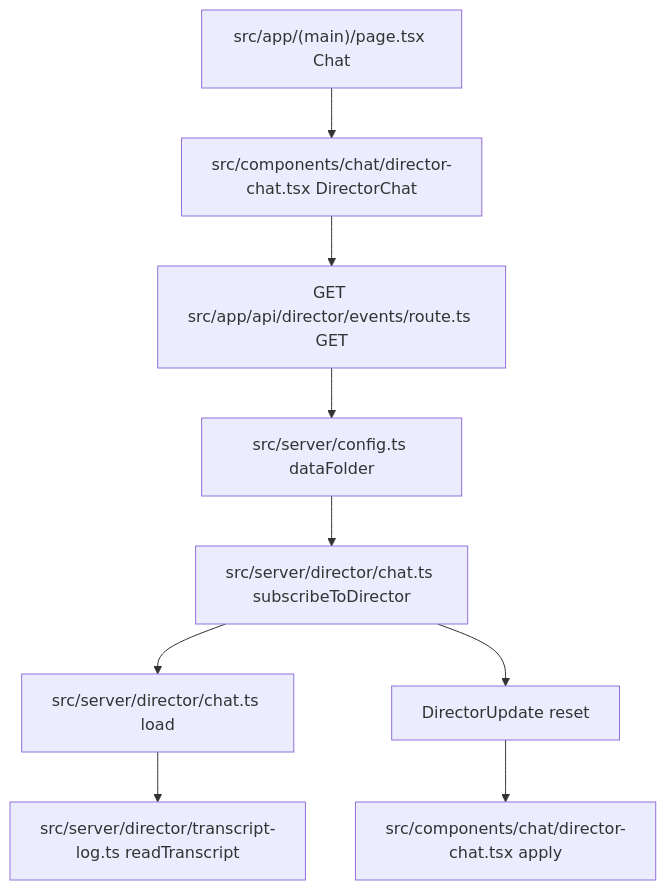
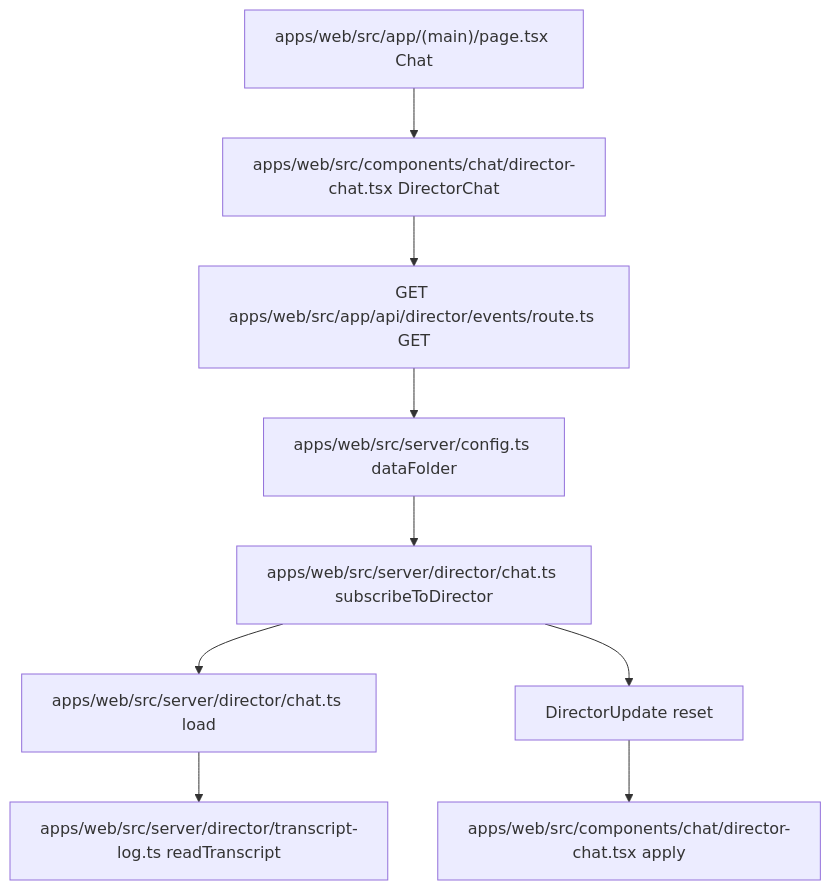
One commit to devjiwonchoi/busyboy changed the third of 5 diagrams in DOMAIN.md. Above: the diagram before and after it, drawn with Mermaid. The commit also changed other lines of this file and 95 other files, not shown here.

````diff
--- a/DOMAIN.md
+++ b/DOMAIN.md
@@ -66,11 +66,11 @@
 ```mermaid
 flowchart TD
-  Page["src/app/(main)/page.tsx Chat"] --> View["src/components/chat/director-chat.tsx DirectorChat"]
-  View --> Events["GET src/app/api/director/events/route.ts GET"]
-  Events --> Folder["src/server/config.ts dataFolder"]
-  Folder --> Sub["src/server/director/chat.ts subscribeToDirector"]
-  Sub --> Load["src/server/director/chat.ts load"]
-  Load --> Read["src/server/director/transcript-log.ts readTranscript"]
+  Page["apps/web/src/app/(main)/page.tsx Chat"] --> View["apps/web/src/components/chat/director-chat.tsx DirectorChat"]
+  View --> Events["GET apps/web/src/app/api/director/events/route.ts GET"]
+  Events --> Folder["apps/web/src/server/config.ts dataFolder"]
+  Folder --> Sub["apps/web/src/server/director/chat.ts subscribeToDirector"]
+  Sub --> Load["apps/web/src/server/director/chat.ts load"]
+  Load --> Read["apps/web/src/server/director/transcript-log.ts readTranscript"]
   Sub --> Reset["DirectorUpdate reset"]
-  Reset --> Apply["src/components/chat/director-chat.tsx apply"]
+  Reset --> Apply["apps/web/src/components/chat/director-chat.tsx apply"]
 ```
````
